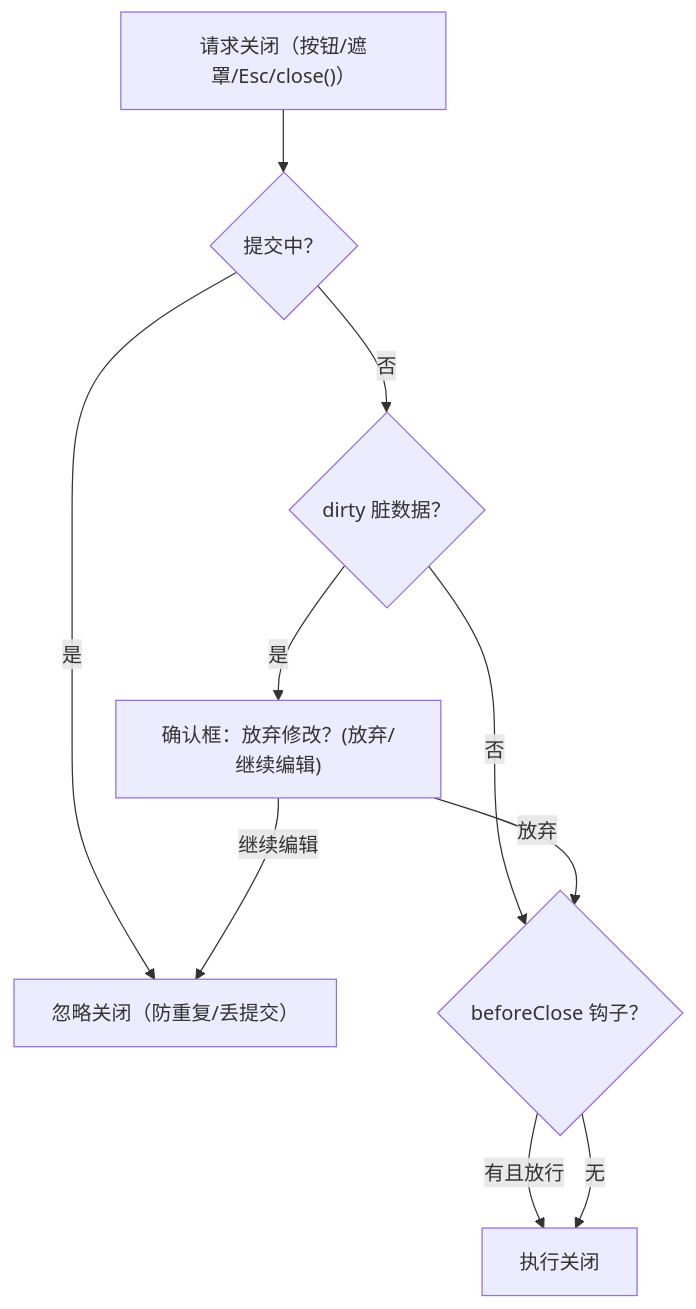
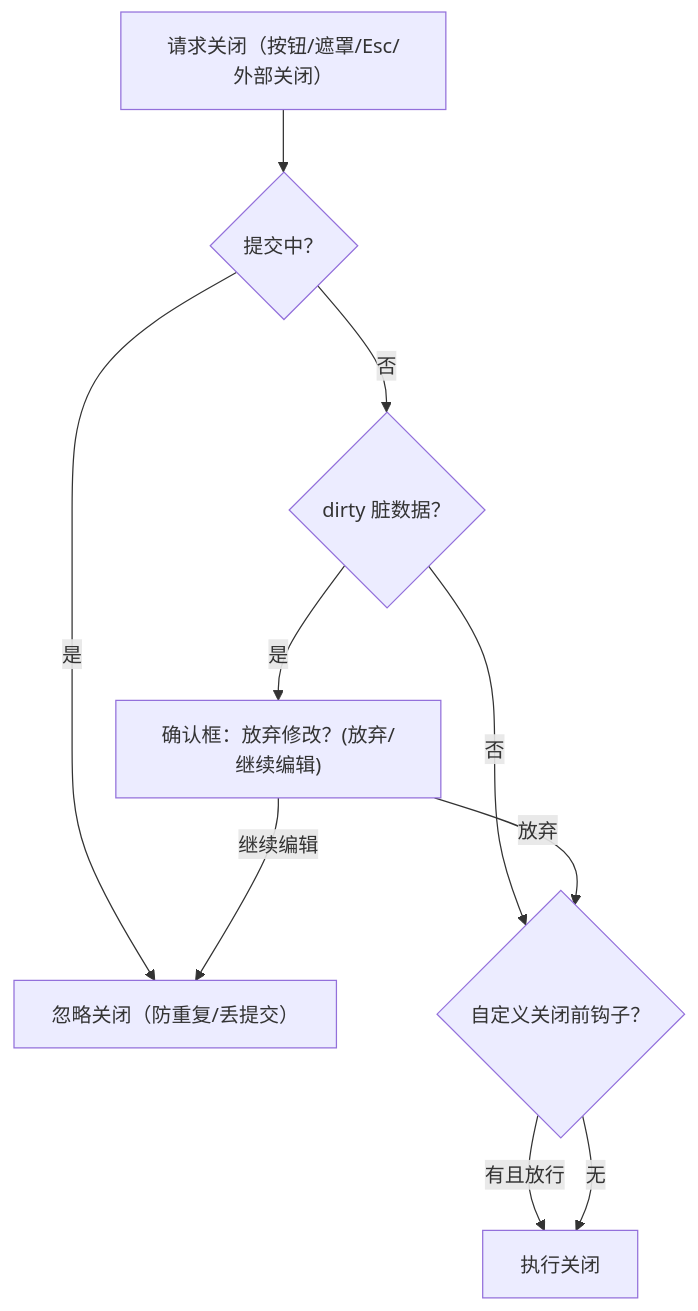
The second of 2 diagrams in bms文档/设计/组件设计/04_容器组件类/01_组件设计_弹窗抽屉表单/01_组件设计_弹窗抽屉表单.md (minjian123/basic-management-system), drawn with Mermaid before and after one commit. The commit also changed other lines of this file and 238 other files, not shown here.

````diff
--- a/bms文档/设计/组件设计/04_容器组件类/01_组件设计_弹窗抽屉表单/01_组件设计_弹窗抽屉表单.md
+++ b/bms文档/设计/组件设计/04_容器组件类/01_组件设计_弹窗抽屉表单/01_组件设计_弹窗抽屉表单.md
@@ -168,12 +159,12 @@
 ```mermaid
 flowchart TD
-    A["请求关闭（按钮/遮罩/Esc/close()）"] --> B{"提交中？"}
+    A["请求关闭（按钮/遮罩/Esc/外部关闭）"] --> B{"提交中？"}
     B -->|"是"| X["忽略关闭（防重复/丢提交）"]
     B -->|"否"| C{"dirty 脏数据？"}
-    C -->|"否"| E{"beforeClose 钩子？"}
+    C -->|"否"| E{"自定义关闭前钩子？"}
     C -->|"是"| D["确认框：放弃修改？(放弃/继续编辑)"]
     D -->|"继续编辑"| X
     D -->|"放弃"| E
     E -->|"有且放行"| F["执行关闭"]
     E -->|"无"| F
 ```
````
